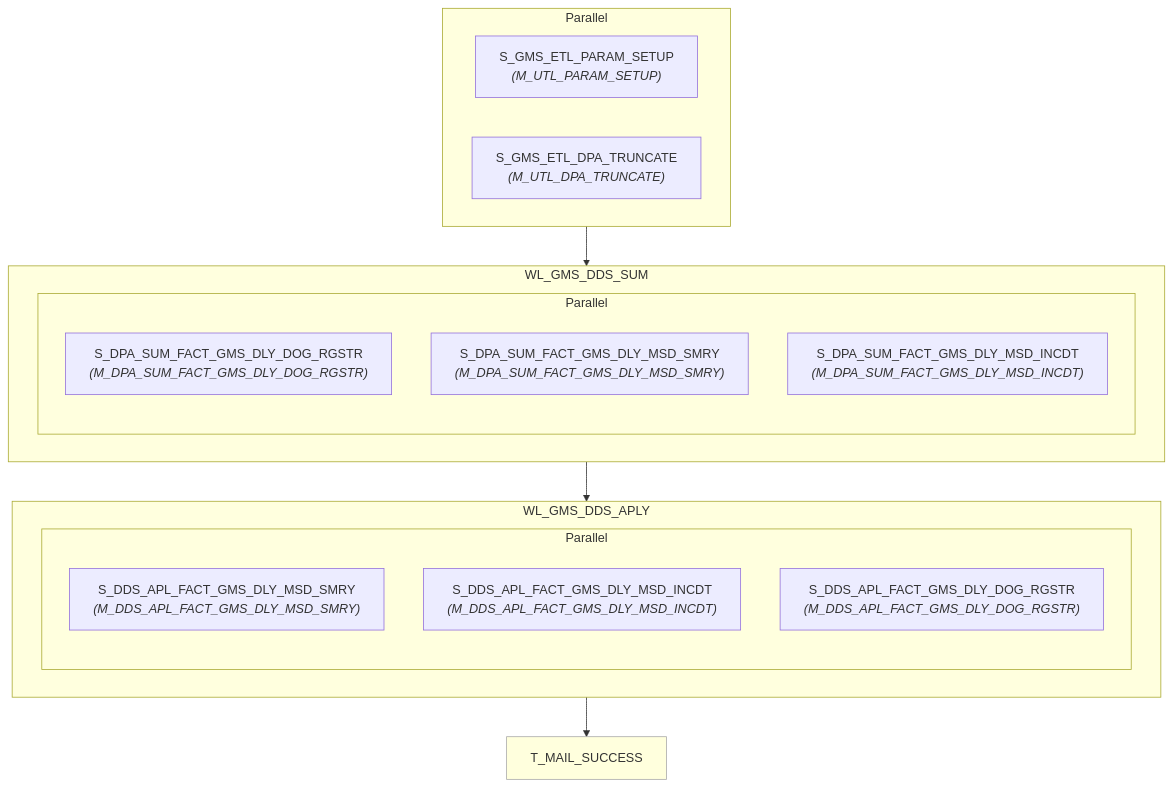
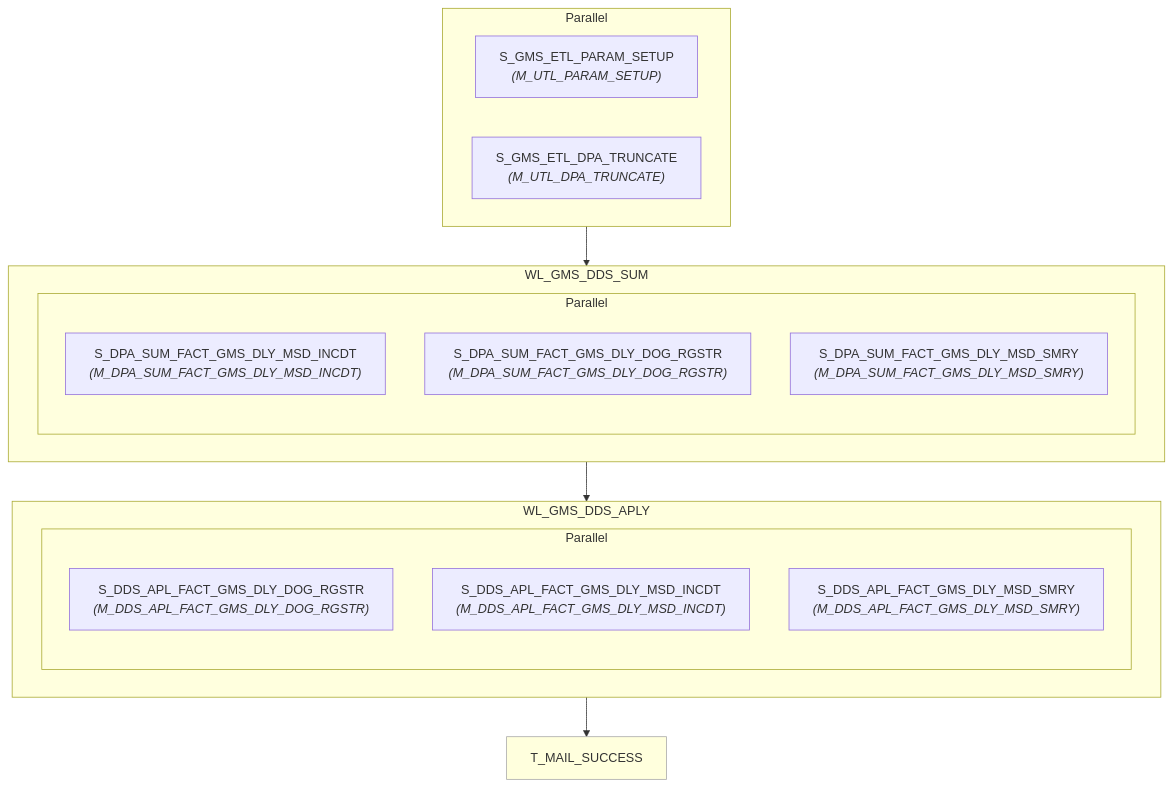
One commit to asl-adamxu/informatica-sparker-poc changed the diagram in informatica/PowerCenter_workflows/dds/WF_GMS_DDS_APLY_DLY_SPARK/wf_gms_dds_aply_dly.md. Above: the diagram before and after it, drawn with Mermaid. The commit also changed 39 other files, not shown here.

````diff
--- a/informatica/PowerCenter_workflows/dds/WF_GMS_DDS_APLY_DLY_SPARK/wf_gms_dds_aply_dly.md
+++ b/informatica/PowerCenter_workflows/dds/WF_GMS_DDS_APLY_DLY_SPARK/wf_gms_dds_aply_dly.md
@@ -7,34 +7,34 @@
 ```mermaid
 flowchart TD
     n1["S_GMS_ETL_PARAM_SETUP<br/><i>(M_UTL_PARAM_SETUP)</i>"]
     n2["S_GMS_ETL_DPA_TRUNCATE<br/><i>(M_UTL_DPA_TRUNCATE)</i>"]
     subgraph pg3[Parallel]
         n1
         n2
     end
     subgraph wkl4["WL_GMS_DDS_SUM"]
-    n5["S_DPA_SUM_FACT_GMS_DLY_DOG_RGSTR<br/><i>(M_DPA_SUM_FACT_GMS_DLY_DOG_RGSTR)</i>"]
-    n6["S_DPA_SUM_FACT_GMS_DLY_MSD_SMRY<br/><i>(M_DPA_SUM_FACT_GMS_DLY_MSD_SMRY)</i>"]
-    n7["S_DPA_SUM_FACT_GMS_DLY_MSD_INCDT<br/><i>(M_DPA_SUM_FACT_GMS_DLY_MSD_INCDT)</i>"]
+    n5["S_DPA_SUM_FACT_GMS_DLY_MSD_INCDT<br/><i>(M_DPA_SUM_FACT_GMS_DLY_MSD_INCDT)</i>"]
+    n6["S_DPA_SUM_FACT_GMS_DLY_DOG_RGSTR<br/><i>(M_DPA_SUM_FACT_GMS_DLY_DOG_RGSTR)</i>"]
+    n7["S_DPA_SUM_FACT_GMS_DLY_MSD_SMRY<br/><i>(M_DPA_SUM_FACT_GMS_DLY_MSD_SMRY)</i>"]
     subgraph pg8[Parallel]
         n5
         n6
         n7
     end
     end
     subgraph wkl9["WL_GMS_DDS_APLY"]
-    n10["S_DDS_APL_FACT_GMS_DLY_MSD_SMRY<br/><i>(M_DDS_APL_FACT_GMS_DLY_MSD_SMRY)</i>"]
+    n10["S_DDS_APL_FACT_GMS_DLY_DOG_RGSTR<br/><i>(M_DDS_APL_FACT_GMS_DLY_DOG_RGSTR)</i>"]
     n11["S_DDS_APL_FACT_GMS_DLY_MSD_INCDT<br/><i>(M_DDS_APL_FACT_GMS_DLY_MSD_INCDT)</i>"]
-    n12["S_DDS_APL_FACT_GMS_DLY_DOG_RGSTR<br/><i>(M_DDS_APL_FACT_GMS_DLY_DOG_RGSTR)</i>"]
+    n12["S_DDS_APL_FACT_GMS_DLY_MSD_SMRY<br/><i>(M_DDS_APL_FACT_GMS_DLY_MSD_SMRY)</i>"]
     subgraph pg13[Parallel]
         n10
         n11
         n12
     end
     end
     n14["T_MAIL_SUCCESS"]
     style n14 fill:#ffd,stroke:#aaa,stroke-width:1px
     pg3 --> wkl4
     wkl4 --> wkl9
     wkl9 --> n14
 ```
````
